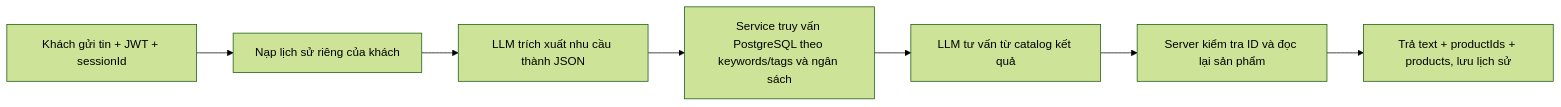
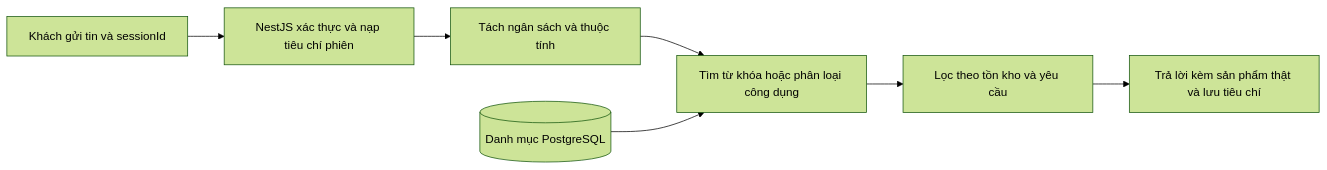
One commit to ddianvo/cam-commerce changed the diagram in docs/AI-FLOW.md. Above: the diagram before and after it, drawn with Mermaid (forest theme). The commit also changed other lines of this file and 21 other files, not shown here.

````diff
--- a/docs/AI-FLOW.md
+++ b/docs/AI-FLOW.md
@@ -3,9 +3,9 @@
 ```mermaid
 flowchart LR
-    A[Khách gửi tin + JWT + sessionId] --> B[Nạp lịch sử riêng của khách]
-    B --> C[LLM trích xuất nhu cầu thành JSON]
-    C --> D[Service truy vấn PostgreSQL theo keywords/tags và ngân sách]
-    D --> E[LLM tư vấn từ catalog kết quả]
-    E --> F[Server kiểm tra ID và đọc lại sản phẩm]
-    F --> G[Trả text + productIds + products, lưu lịch sử]
+    A[Khách gửi tin và sessionId] --> B[NestJS xác thực và nạp tiêu chí phiên]
+    B --> C[Tách ngân sách và thuộc tính]
+    C --> D[Tìm từ khóa hoặc phân loại công dụng]
+    E[(Danh mục PostgreSQL)] --> D
+    D --> F[Lọc theo tồn kho và yêu cầu]
+    F --> G[Trả lời kèm sản phẩm thật và lưu tiêu chí]
 ```
````
